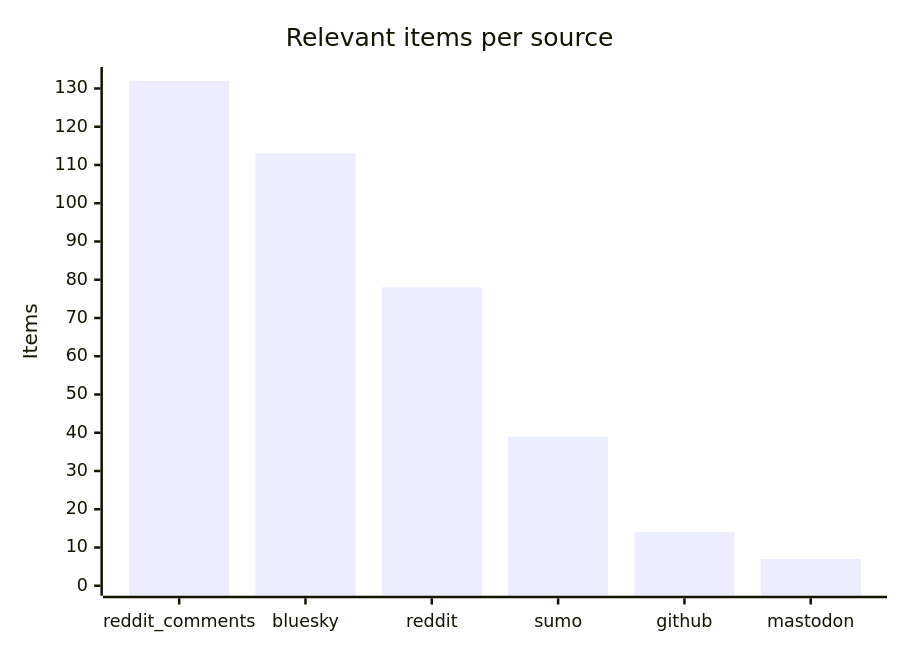
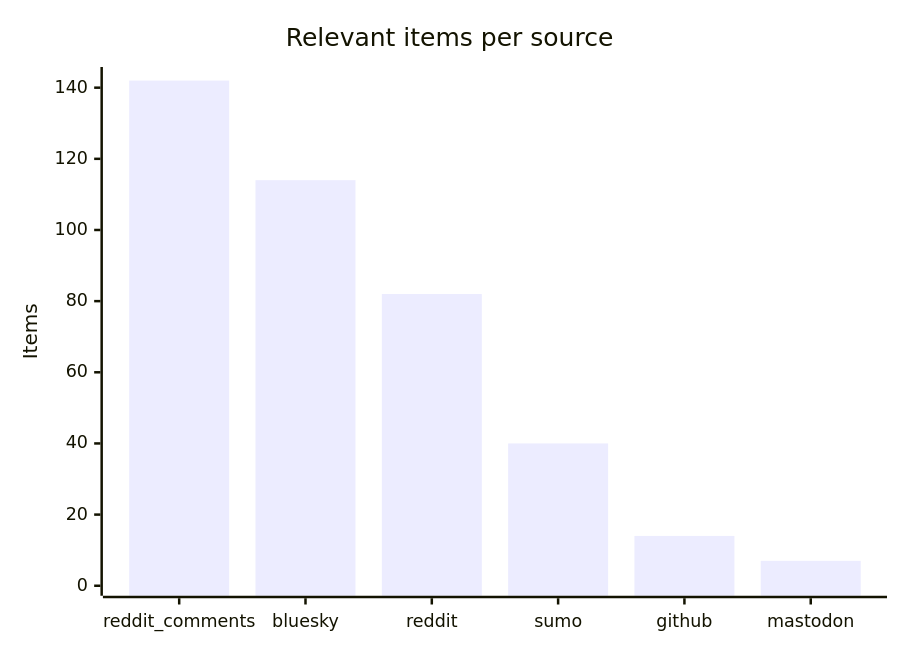
One commit to martinbalfanz/social-scanner-reports changed the third of 4 diagrams in README.md. Above: the diagram before and after it, drawn with Mermaid. The commit also changed other lines of this file and 4 other files, not shown here.

````diff
--- a/README.md
+++ b/README.md
@@ -48,7 +48,7 @@
 ```mermaid
 xychart-beta
     title "Relevant items per source"
     x-axis ["reddit_comments", "bluesky", "reddit", "sumo", "github", "mastodon"]
-    y-axis "Items" 0 --> 133
-    bar [132, 113, 78, 39, 14, 7]
+    y-axis "Items" 0 --> 143
+    bar [142, 114, 82, 40, 14, 7]
 ```
````
